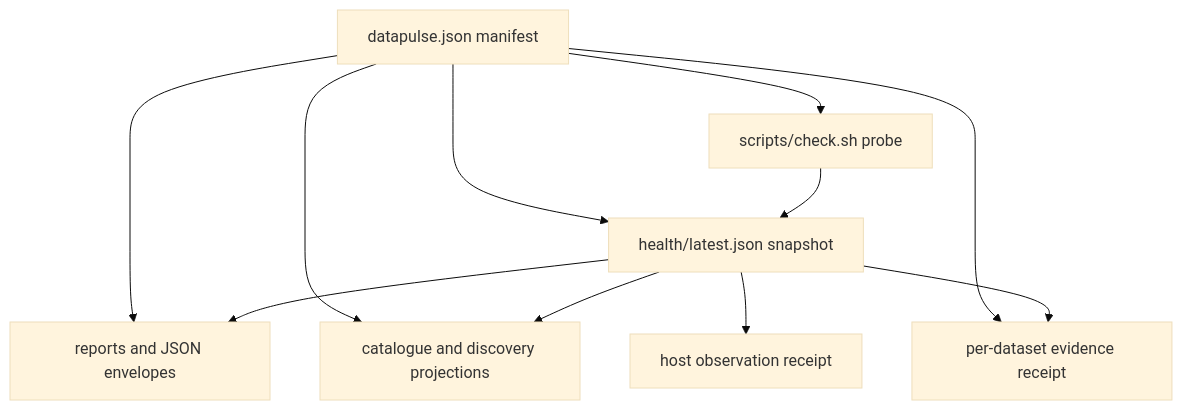
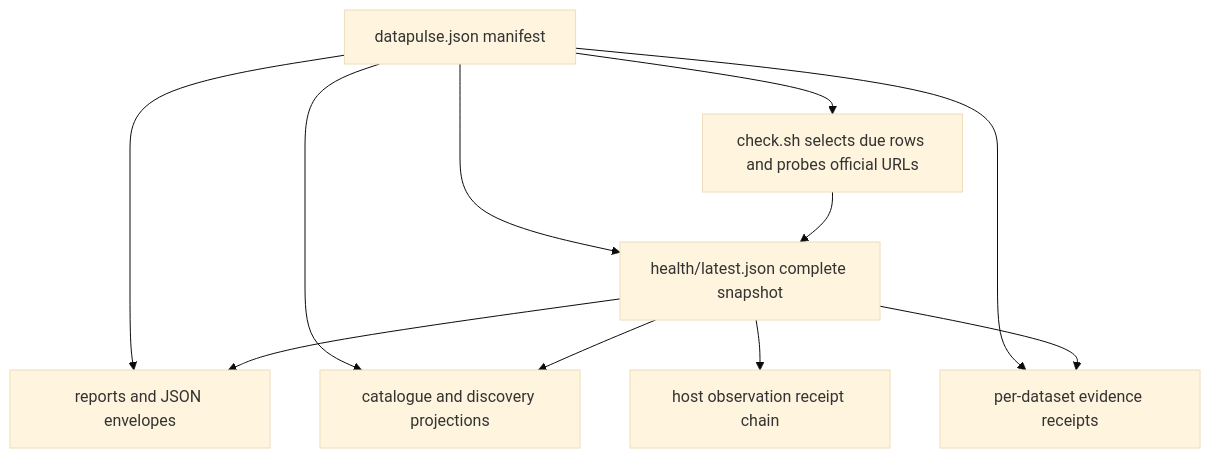
The diagram in openwiki/datasets.md (r3dz4r/datapulse-my), drawn with Mermaid (base theme) before and after one commit. The commit also changed other lines of this file and 4 other files, not shown here.

````diff
--- a/openwiki/datasets.md
+++ b/openwiki/datasets.md
@@ -69,13 +71,13 @@
 ```mermaid
 flowchart TD
-    M["datapulse.json manifest"] --> S["scripts/check.sh probe"]
-    S --> H["health/latest.json snapshot"]
+    M["datapulse.json manifest"] --> P["check.sh selects due rows and probes official URLs"]
+    P --> H["health/latest.json complete snapshot"]
     M --> H
-    H --> G["reports and JSON envelopes"]
-    M --> G
-    H --> D["catalogue and discovery projections"]
-    M --> D
-    H --> R["per-dataset evidence receipt"]
+    H --> R["reports and JSON envelopes"]
     M --> R
-    H --> O["host observation receipt"]
+    H --> C["catalogue and discovery projections"]
+    M --> C
+    H --> E["per-dataset evidence receipts"]
+    M --> E
+    H --> O["host observation receipt chain"]
 ```
````
